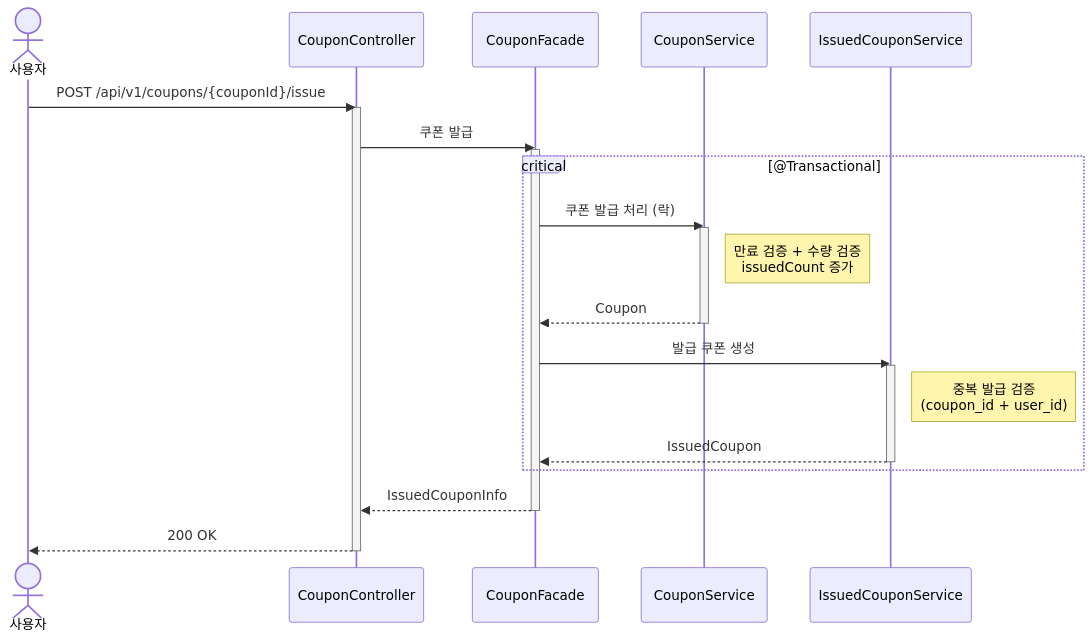
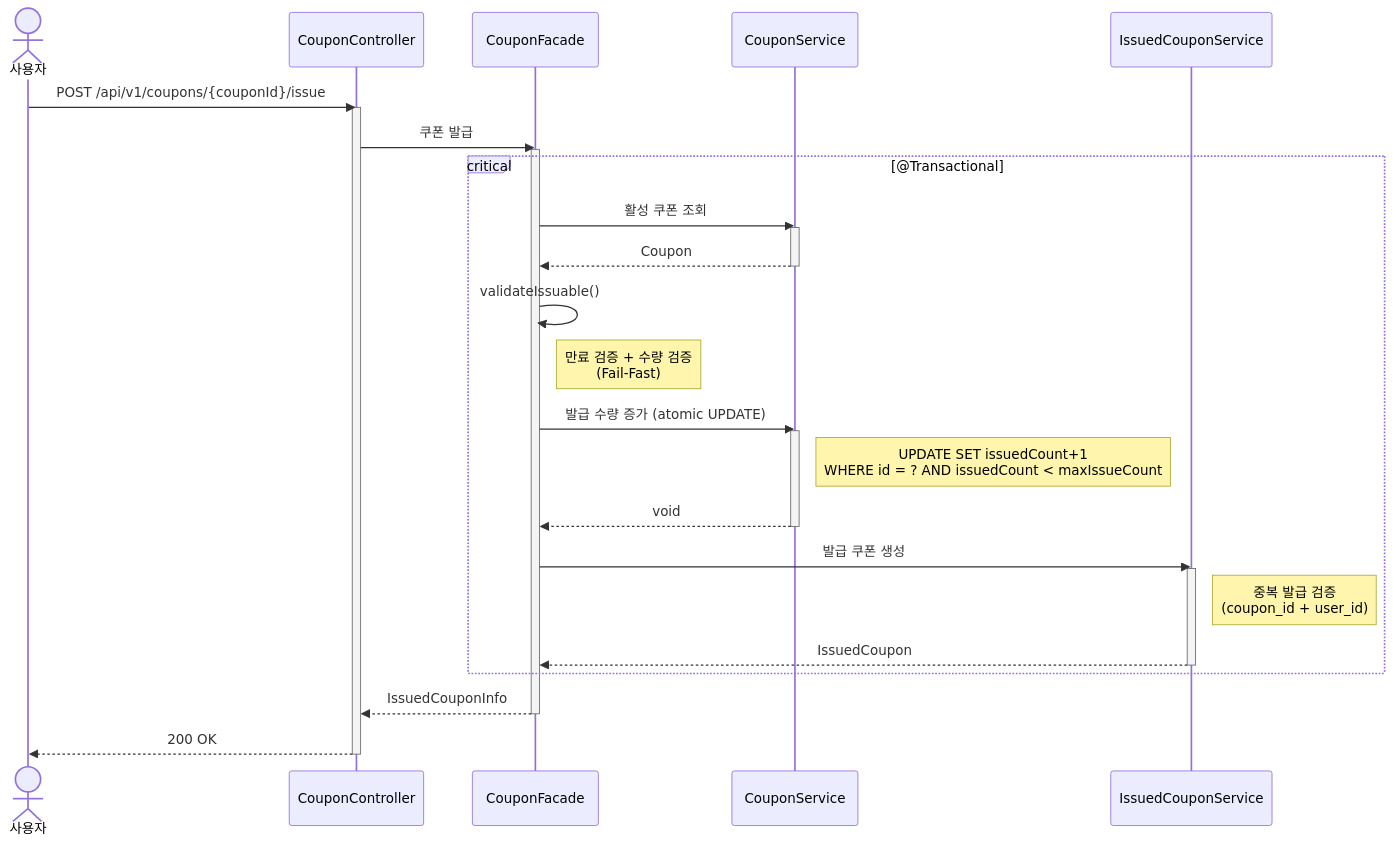
One commit to Loopers-dev-lab/loop-pack-be-l2-vol3-java changed the diagram in docs/design/coupon/sequences/007-coupon-issue.md. Above: the diagram before and after it, drawn with Mermaid. The commit also changed other lines of this file and 5 other files, not shown here.

````diff
--- a/docs/design/coupon/sequences/007-coupon-issue.md
+++ b/docs/design/coupon/sequences/007-coupon-issue.md
@@ -8,32 +8,40 @@
 ```mermaid
 sequenceDiagram
     actor 사용자
     participant CC as CouponController
     participant CF as CouponFacade
     participant CS as CouponService
     participant ICS as IssuedCouponService
 
     사용자->>CC: POST /api/v1/coupons/{couponId}/issue
     activate CC
     CC->>CF: 쿠폰 발급
     activate CF
 
     critical @Transactional
-        CF->>CS: 쿠폰 발급 처리 (락)
+        CF->>CS: 활성 쿠폰 조회
         activate CS
-        Note right of CS: 만료 검증 + 수량 검증<br/>issuedCount 증가
         CS-->>CF: Coupon
+        deactivate CS
+
+        CF->>CF: validateIssuable()
+        Note right of CF: 만료 검증 + 수량 검증<br/>(Fail-Fast)
+
+        CF->>CS: 발급 수량 증가 (atomic UPDATE)
+        activate CS
+        Note right of CS: UPDATE SET issuedCount+1<br/>WHERE id = ? AND issuedCount < maxIssueCount
+        CS-->>CF: void
         deactivate CS
 
         CF->>ICS: 발급 쿠폰 생성
         activate ICS
         Note right of ICS: 중복 발급 검증<br/>(coupon_id + user_id)
         ICS-->>CF: IssuedCoupon
         deactivate ICS
     end
 
     CF-->>CC: IssuedCouponInfo
     deactivate CF
     CC-->>사용자: 200 OK
     deactivate CC
 ```
````
